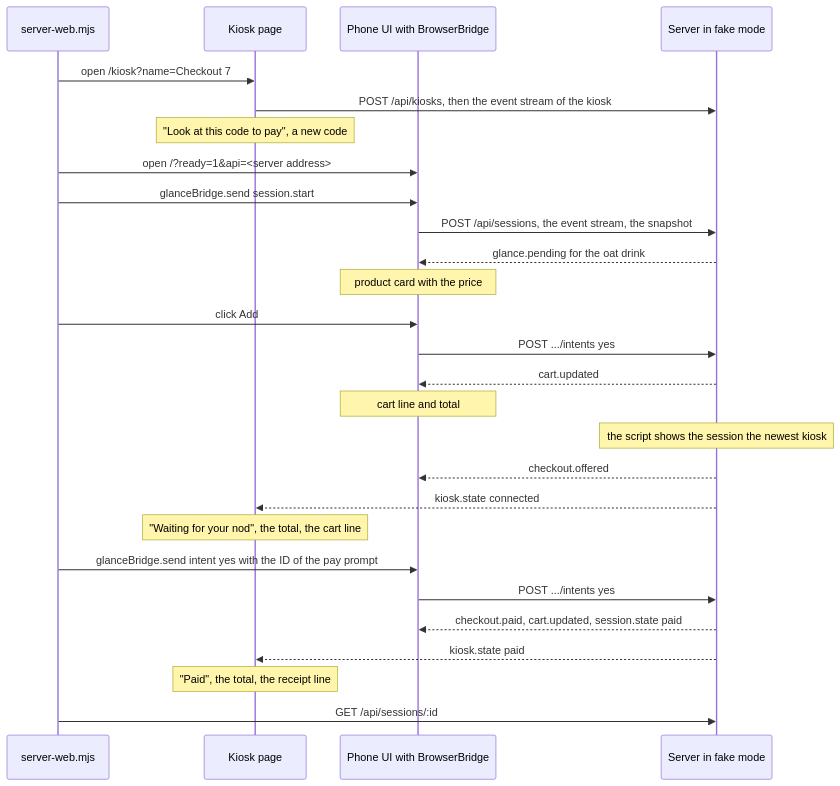
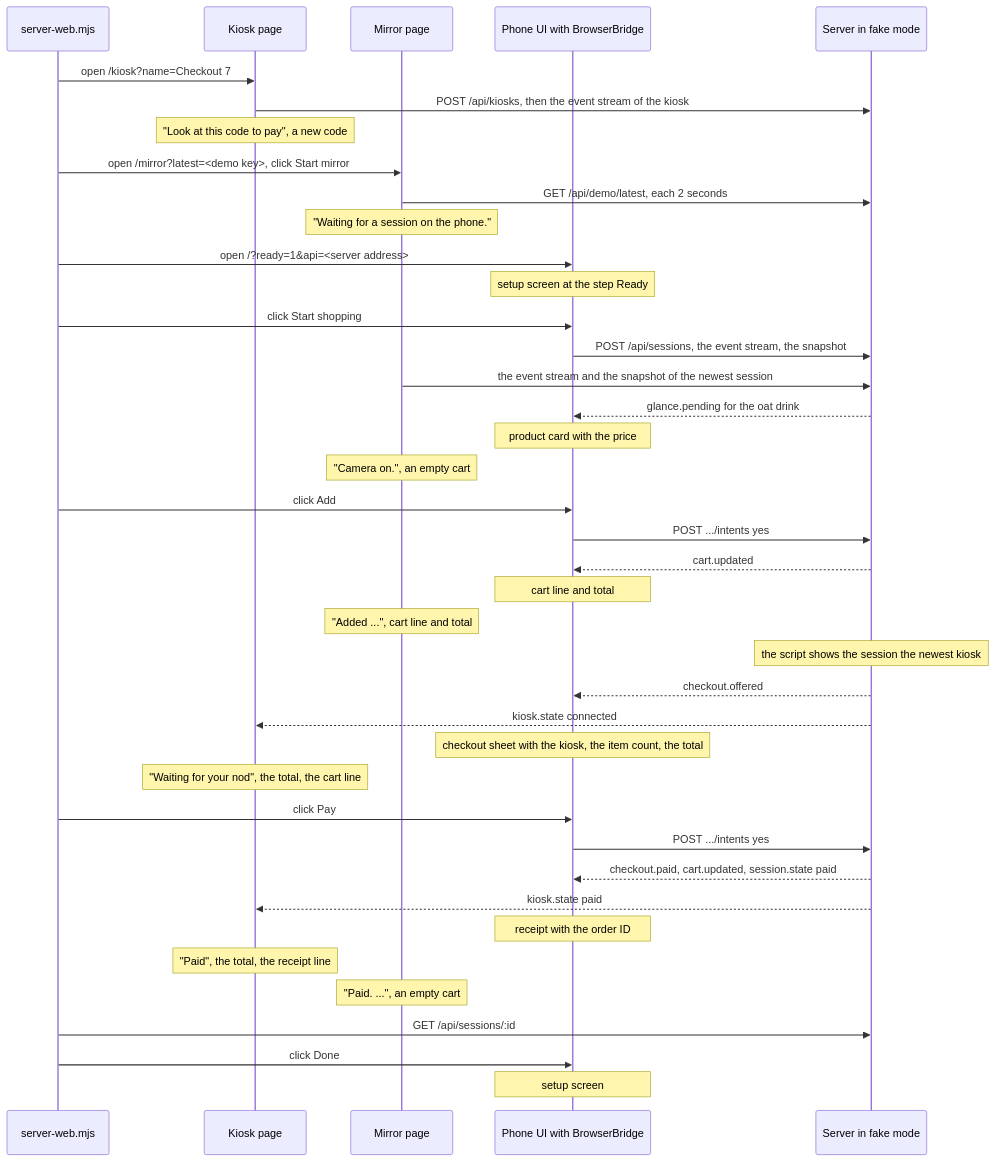
The second of 2 diagrams in scripts/integration/README.md (mrBymax/glance), drawn with Mermaid before and after one commit. The commit also changed other lines of this file, not shown here.

Commit message:
docs(integration): describe the shop with the mirror page and the two causes of a lost wait

````diff
--- a/scripts/integration/README.md
+++ b/scripts/integration/README.md
@@ -57,29 +57,42 @@
 ```mermaid
 sequenceDiagram
     participant Test as server-web.mjs
     participant Kiosk as Kiosk page
+    participant Mirror as Mirror page
     participant Phone as Phone UI with BrowserBridge
     participant Server as Server in fake mode
     Test->>Kiosk: open /kiosk?name=Checkout 7
     Kiosk->>Server: POST /api/kiosks, then the event stream of the kiosk
     Note over Kiosk: "Look at this code to pay", a new code
+    Test->>Mirror: open /mirror?latest=<demo key>, click Start mirror
+    Mirror->>Server: GET /api/demo/latest, each 2 seconds
+    Note over Mirror: "Waiting for a session on the phone."
     Test->>Phone: open /?ready=1&api=<server address>
-    Test->>Phone: glanceBridge.send session.start
+    Note over Phone: setup screen at the step Ready
+    Test->>Phone: click Start shopping
     Phone->>Server: POST /api/sessions, the event stream, the snapshot
+    Mirror->>Server: the event stream and the snapshot of the newest session
     Server-->>Phone: glance.pending for the oat drink
     Note over Phone: product card with the price
+    Note over Mirror: "Camera on.", an empty cart
     Test->>Phone: click Add
     Phone->>Server: POST .../intents yes
     Server-->>Phone: cart.updated
     Note over Phone: cart line and total
+    Note over Mirror: "Added ...", cart line and total
     Note over Server: the script shows the session the newest kiosk
     Server-->>Phone: checkout.offered
     Server-->>Kiosk: kiosk.state connected
+    Note over Phone: checkout sheet with the kiosk, the item count, the total
     Note over Kiosk: "Waiting for your nod", the total, the cart line
-    Test->>Phone: glanceBridge.send intent yes with the ID of the pay prompt
+    Test->>Phone: click Pay
     Phone->>Server: POST .../intents yes
     Server-->>Phone: checkout.paid, cart.updated, session.state paid
     Server-->>Kiosk: kiosk.state paid
+    Note over Phone: receipt with the order ID
     Note over Kiosk: "Paid", the total, the receipt line
+    Note over Mirror: "Paid. ...", an empty cart
     Test->>Server: GET /api/sessions/:id
+    Test->>Phone: click Done
+    Note over Phone: setup screen
 ```
````
